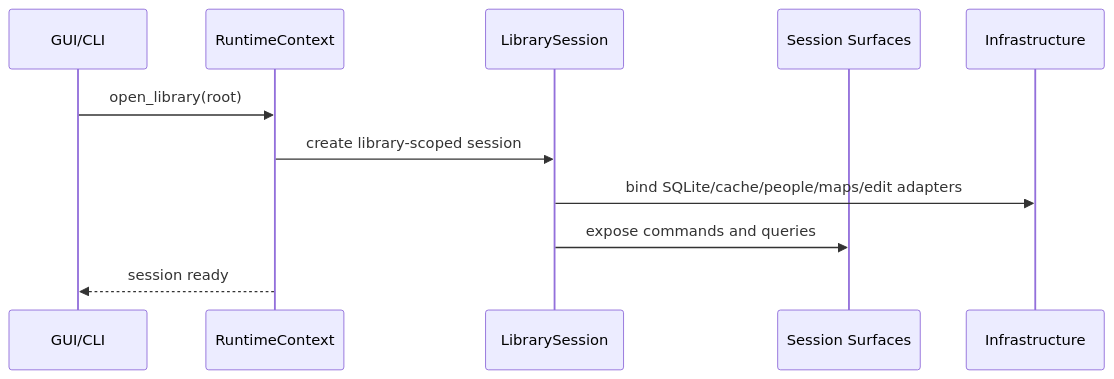
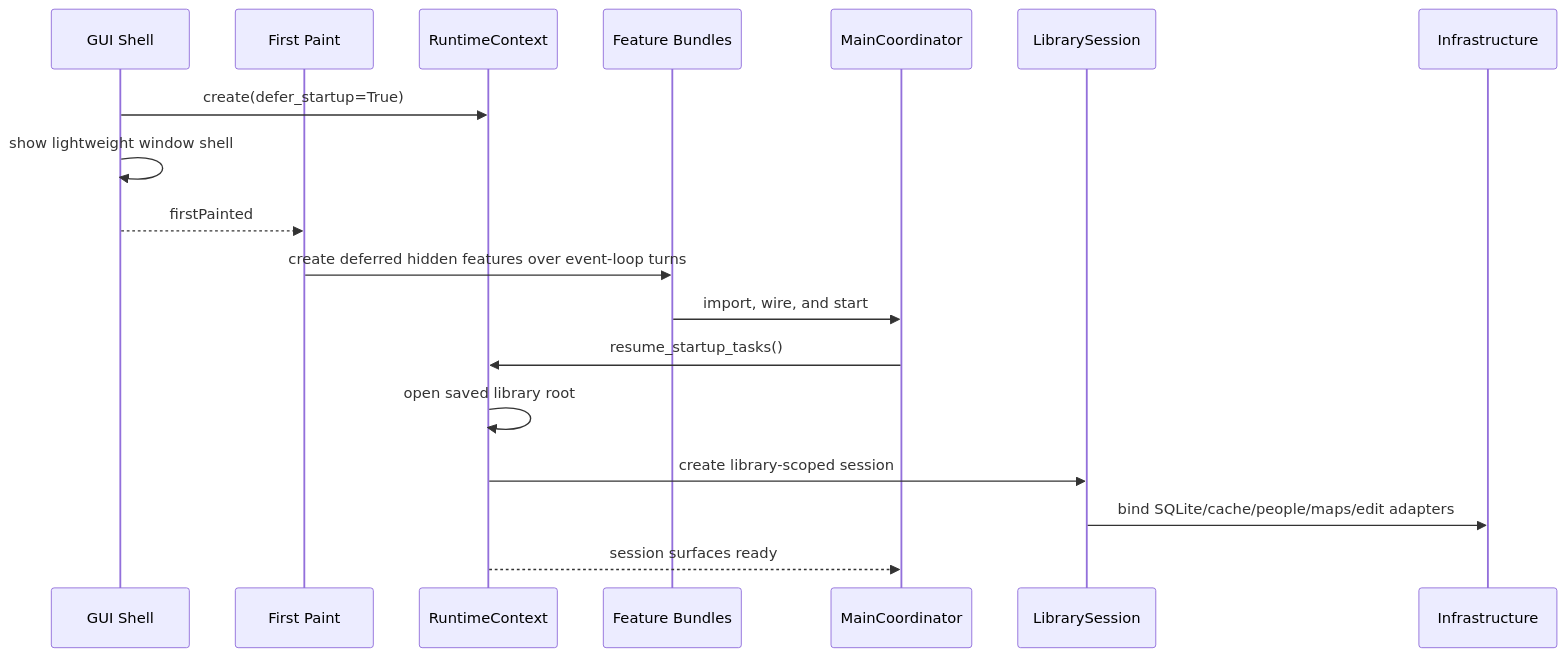
The second of 6 diagrams in docs/architecture.md (halft0n/iPhotron-LocalPhotoAlbumManager), drawn with Mermaid before and after one commit. The commit also changed other lines of this file and 3 other files, not shown here.

Commit message:
Delay desktop startup work until after first paint

````diff
--- a/docs/architecture.md
+++ b/docs/architecture.md
@@ -333,14 +351,21 @@
 ```mermaid
 sequenceDiagram
-    participant UI as GUI/CLI
+    participant UI as GUI Shell
+    participant Paint as First Paint
     participant Runtime as RuntimeContext
+    participant Feature as Feature Bundles
+    participant Coordinator as MainCoordinator
     participant Session as LibrarySession
-    participant Surfaces as Session Surfaces
     participant Infra as Infrastructure
 
-    UI->>Runtime: open_library(root)
+    UI->>Runtime: create(defer_startup=True)
+    UI->>UI: show lightweight window shell
+    UI-->>Paint: firstPainted
+    Paint->>Feature: create deferred hidden features over event-loop turns
+    Feature->>Coordinator: import, wire, and start
+    Coordinator->>Runtime: resume_startup_tasks()
+    Runtime->>Runtime: open saved library root
     Runtime->>Session: create library-scoped session
     Session->>Infra: bind SQLite/cache/people/maps/edit adapters
-    Session->>Surfaces: expose commands and queries
-    Runtime-->>UI: session ready
+    Runtime-->>Coordinator: session surfaces ready
 ```
````
